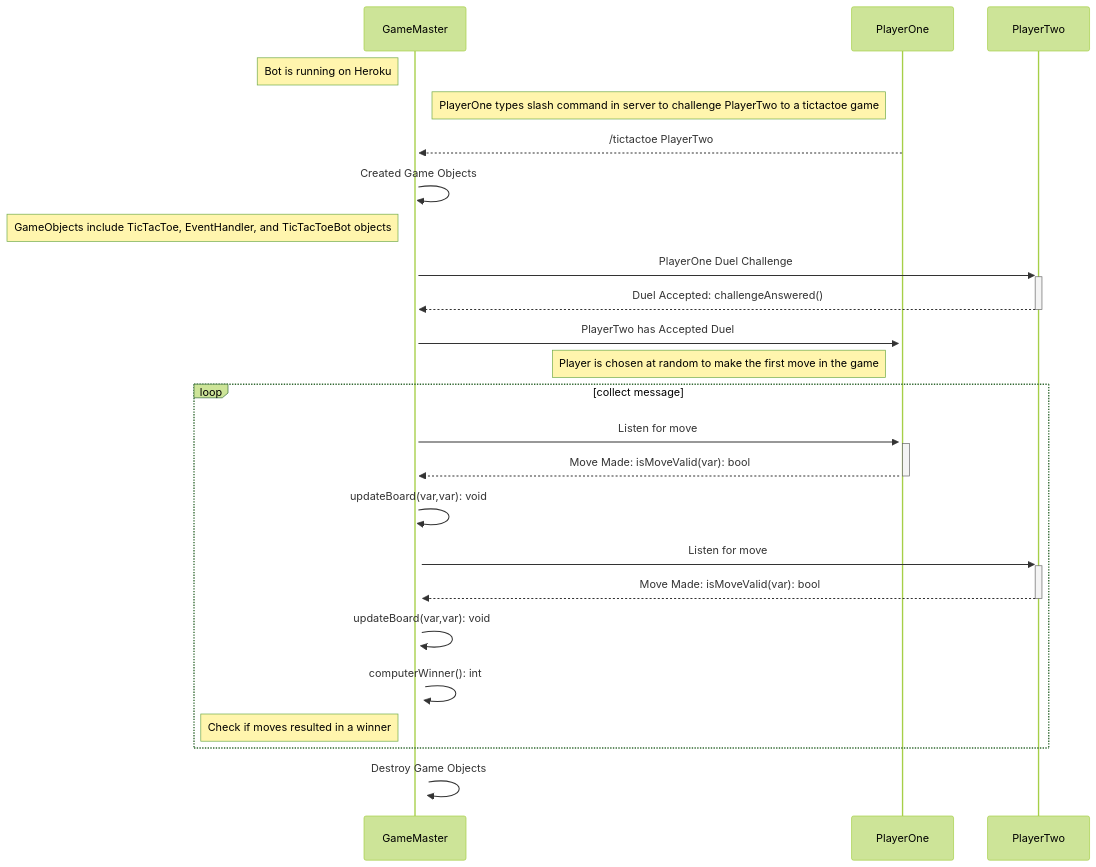
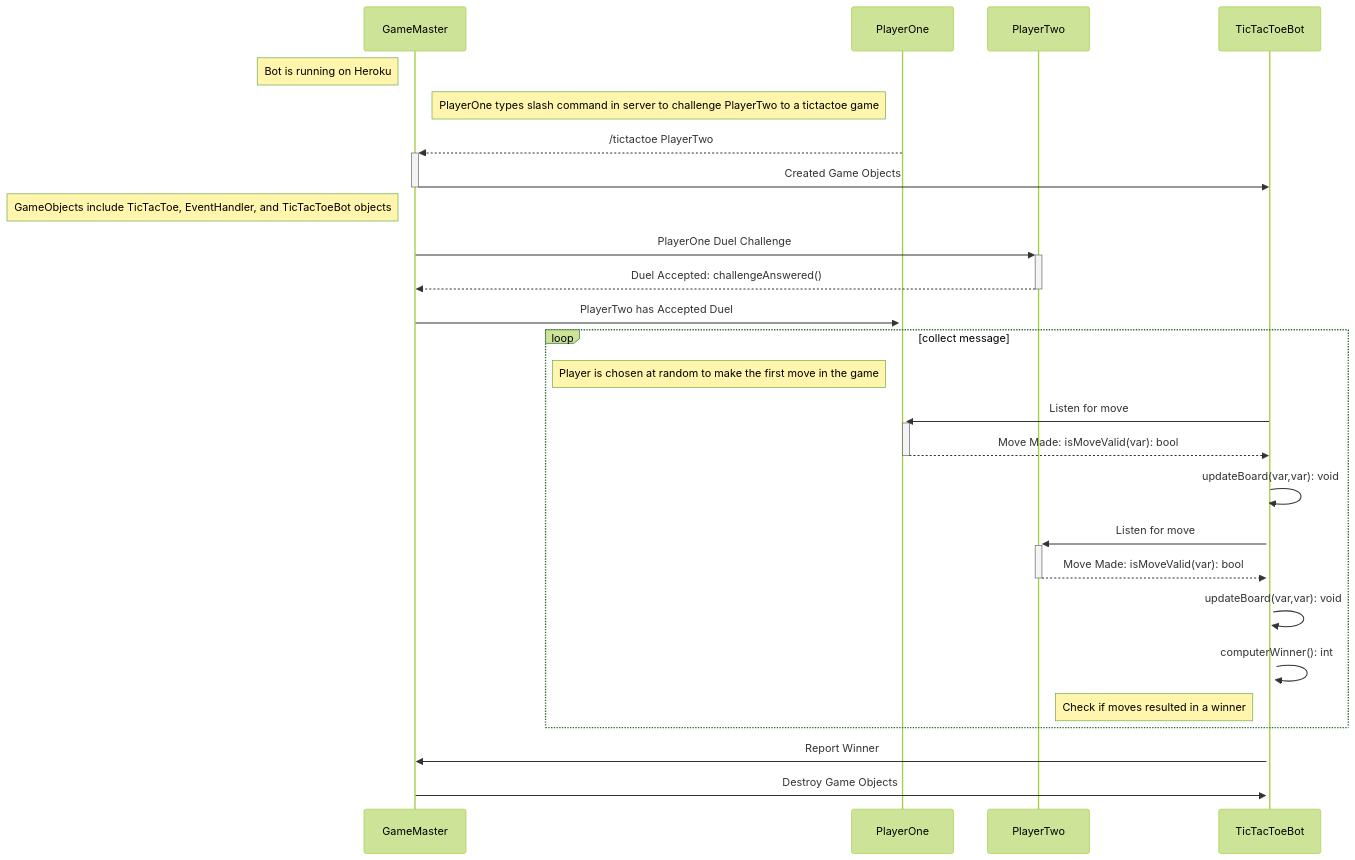
One commit to cis3296f22/GameMaster changed the diagram in uml_Sequence_AcceptedDuel.md. Above: the diagram before and after it, drawn with Mermaid (forest theme).

````diff
--- a/uml_Sequence_AcceptedDuel.md
+++ b/uml_Sequence_AcceptedDuel.md
@@ -2,24 +2,30 @@
 ```mermaid
 sequenceDiagram
-
+  
+    participant GameMaster as GameMaster
+    participant PlayerOne as PlayerOne
+    participant PlayerTwo as PlayerTwo
+    participant TicTacToeBot as TicTacToeBot
+    
     Note left of GameMaster: Bot is running on Heroku
     Note left of PlayerOne: PlayerOne types slash command in server to challenge PlayerTwo to a tictactoe game
     PlayerOne-->>+GameMaster: /tictactoe PlayerTwo
-    GameMaster->>GameMaster: Created Game Objects
+    GameMaster->>-TicTacToeBot: Created Game Objects
     Note left of GameMaster: GameObjects include TicTacToe, EventHandler, and TicTacToeBot objects
     GameMaster->>+PlayerTwo: PlayerOne Duel Challenge
     PlayerTwo-->>-GameMaster: Duel Accepted: challengeAnswered()
     GameMaster->>+PlayerOne: PlayerTwo has Accepted Duel
+    loop collect message
     Note left of PlayerOne: Player is chosen at random to make the first move in the game
-    loop collect message
-    GameMaster->>+PlayerOne: Listen for move
-    PlayerOne-->>-GameMaster: Move Made: isMoveValid(var): bool
-    GameMaster->>+GameMaster: updateBoard(var,var): void
-    GameMaster->>+PlayerTwo: Listen for move
-    PlayerTwo-->>-GameMaster: Move Made: isMoveValid(var): bool
-    GameMaster->>+GameMaster: updateBoard(var,var): void
-    GameMaster->>+GameMaster: computerWinner(): int
-    Note left of GameMaster: Check if moves resulted in a winner
+    TicTacToeBot->>+PlayerOne: Listen for move
+    PlayerOne-->>-TicTacToeBot: Move Made: isMoveValid(var): bool
+    TicTacToeBot->>+TicTacToeBot: updateBoard(var,var): void
+    TicTacToeBot->>+PlayerTwo: Listen for move
+    PlayerTwo-->>-TicTacToeBot: Move Made: isMoveValid(var): bool
+    TicTacToeBot->>+TicTacToeBot: updateBoard(var,var): void
+    TicTacToeBot->>+TicTacToeBot: computerWinner(): int
+    Note left of TicTacToeBot: Check if moves resulted in a winner
     end
-    GameMaster->>GameMaster: Destroy Game Objects
+    TicTacToeBot->>GameMaster: Report Winner
+    GameMaster->>TicTacToeBot: Destroy Game Objects
 ```
````
